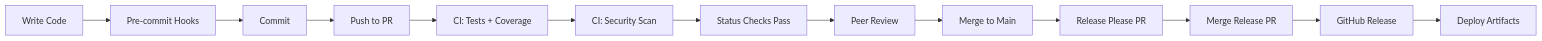
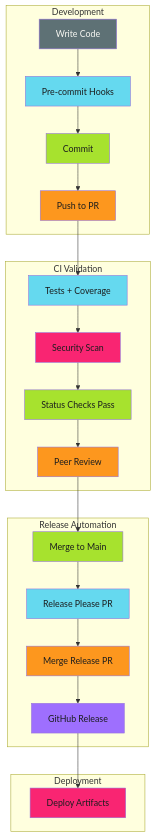
One commit to adaptive-enforcement-lab/adaptive-enforcement-lab-com changed the diagram in docs/build/index.md. Above: the diagram before and after it, drawn with Mermaid. The commit also changed other lines of this file and 143 other files, not shown here.

First line of the commit message:
fix: resolve GitHub discussion feedback (#230, #223) (#231)

````diff
--- a/docs/build/index.md
+++ b/docs/build/index.md
@@ -194,15 +47,49 @@
 ```mermaid
-graph LR
-    A[Write Code] --> B[Pre-commit Hooks]
-    B --> C[Commit]
-    C --> D[Push to PR]
-    D --> E[CI: Tests + Coverage]
-    E --> F[CI: Security Scan]
-    F --> G[Status Checks Pass]
-    G --> H[Peer Review]
-    H --> I[Merge to Main]
-    I --> J[Release Please PR]
-    J --> K[Merge Release PR]
-    K --> L[GitHub Release]
-    L --> M[Deploy Artifacts]
+graph TB
+    subgraph dev[Development]
+        A[Write Code]
+        B[Pre-commit Hooks]
+        C[Commit]
+        D[Push to PR]
+    end
+
+    subgraph ci[CI Validation]
+        E[Tests + Coverage]
+        F[Security Scan]
+        G[Status Checks Pass]
+        H[Peer Review]
+    end
+
+    subgraph release[Release Automation]
+        I[Merge to Main]
+        J[Release Please PR]
+        K[Merge Release PR]
+        L[GitHub Release]
+    end
+
+    subgraph deploy[Deployment]
+        M[Deploy Artifacts]
+    end
+
+    A --> B --> C --> D
+    D --> E --> F --> G --> H
+    H --> I
+    I --> J --> K --> L
+    L --> M
+
+    %% Ghostty Hardcore Theme
+    style A fill:#5e7175,color:#f8f8f3
+    style B fill:#65d9ef,color:#1b1d1e
+    style C fill:#a7e22e,color:#1b1d1e
+    style D fill:#fd971e,color:#1b1d1e
+    style E fill:#65d9ef,color:#1b1d1e
+    style F fill:#f92572,color:#1b1d1e
+    style G fill:#a7e22e,color:#1b1d1e
+    style H fill:#fd971e,color:#1b1d1e
+    style I fill:#a7e22e,color:#1b1d1e
+    style J fill:#65d9ef,color:#1b1d1e
+    style K fill:#fd971e,color:#1b1d1e
+    style L fill:#9e6ffe,color:#1b1d1e
+    style M fill:#f92572,color:#1b1d1e
+
 ```
````
